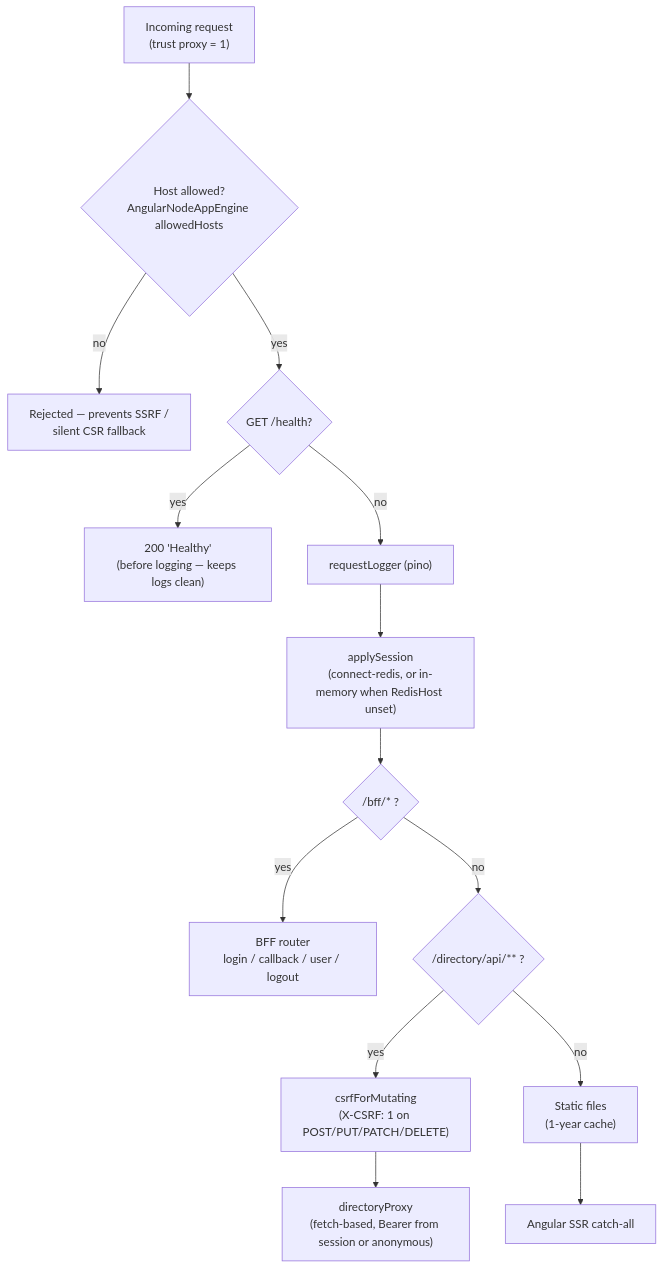
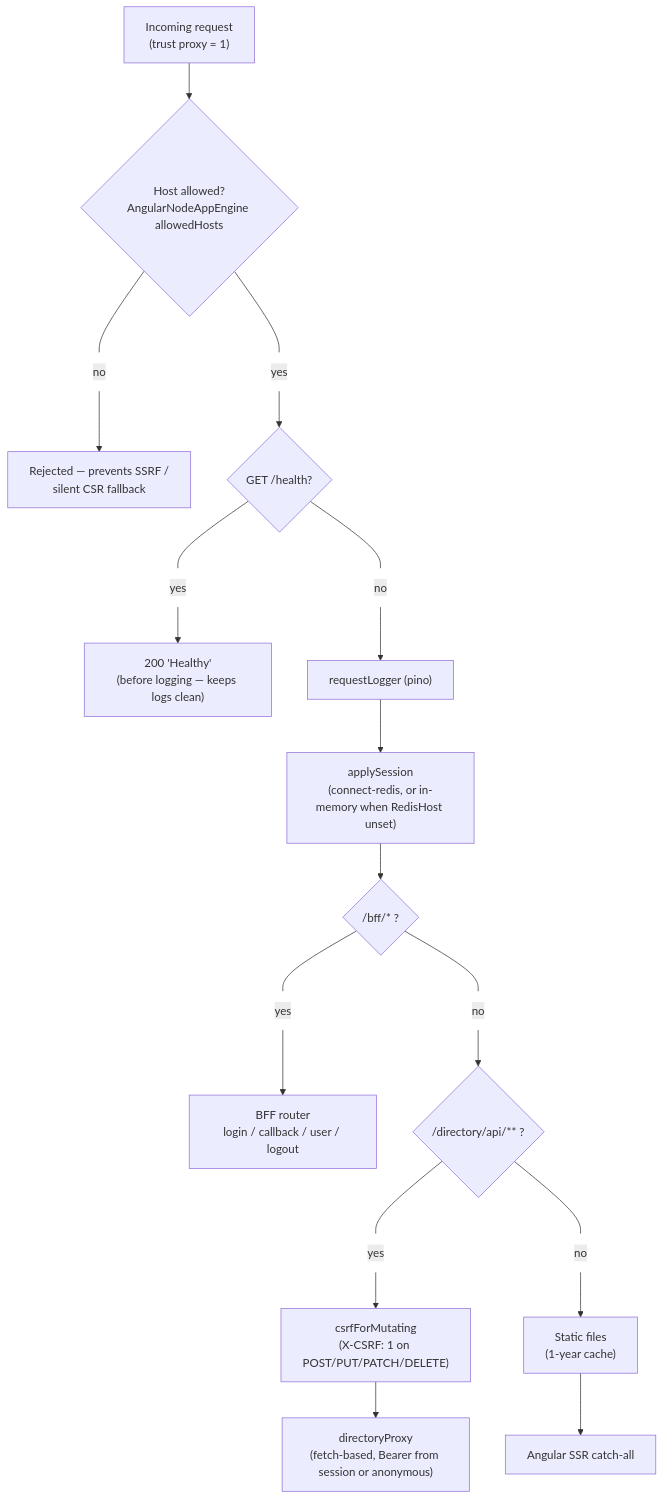
Before and after one commit to crgolden/Churches: the second of 8 diagrams in ARCHITECTURE.md, drawn with Mermaid. The commit also changed other lines of this file and 1 other file, not shown here.

Commit message:
Remove infrastructure values and tighten prose in ARCHITECTURE.md/README

````diff
--- a/ARCHITECTURE.md
+++ b/ARCHITECTURE.md
@@ -79,16 +94,19 @@
 ```mermaid
 flowchart TD
     A["Incoming request<br/>(trust proxy = 1)"] --> B{"Host allowed?<br/>AngularNodeAppEngine allowedHosts"}
-    B -- no --> B1["Rejected — prevents SSRF /<br/>silent CSR fallback"]
-    B -- yes --> C{"GET /health?"}
-    C -- yes --> C1["200 'Healthy'<br/>(before logging — keeps logs clean)"]
-    C -- no --> D["requestLogger (pino)"]
+    B --- BN["no"] --> B1["Rejected — prevents SSRF /<br/>silent CSR fallback"]
+    B --- BY["yes"] --> C{"GET /health?"}
+    C --- CY["yes"] --> C1["200 'Healthy'<br/>(before logging — keeps logs clean)"]
+    C --- CN["no"] --> D["requestLogger (pino)"]
     D --> E["applySession<br/>(connect-redis, or in-memory when RedisHost unset)"]
     E --> F{"/bff/* ?"}
-    F -- yes --> F1["BFF router<br/>login / callback / user / logout"]
-    F -- no --> G{"/directory/api/** ?"}
-    G -- yes --> H["csrfForMutating<br/>(X-CSRF: 1 on POST/PUT/PATCH/DELETE)"]
+    F --- FY["yes"] --> F1["BFF router<br/>login / callback / user / logout"]
+    F --- FN["no"] --> G{"/directory/api/** ?"}
+    G --- GY["yes"] --> H["csrfForMutating<br/>(X-CSRF: 1 on POST/PUT/PATCH/DELETE)"]
     H --> I["directoryProxy<br/>(fetch-based, Bearer from session or anonymous)"]
-    G -- no --> J["Static files<br/>(1-year cache)"]
+    G --- GN["no"] --> J["Static files<br/>(1-year cache)"]
     J --> K["Angular SSR catch-all"]
+
+    classDef edgeLabel fill:none,stroke:none
+    class BN,BY,CY,CN,FY,FN,GY,GN edgeLabel
 ```
````
